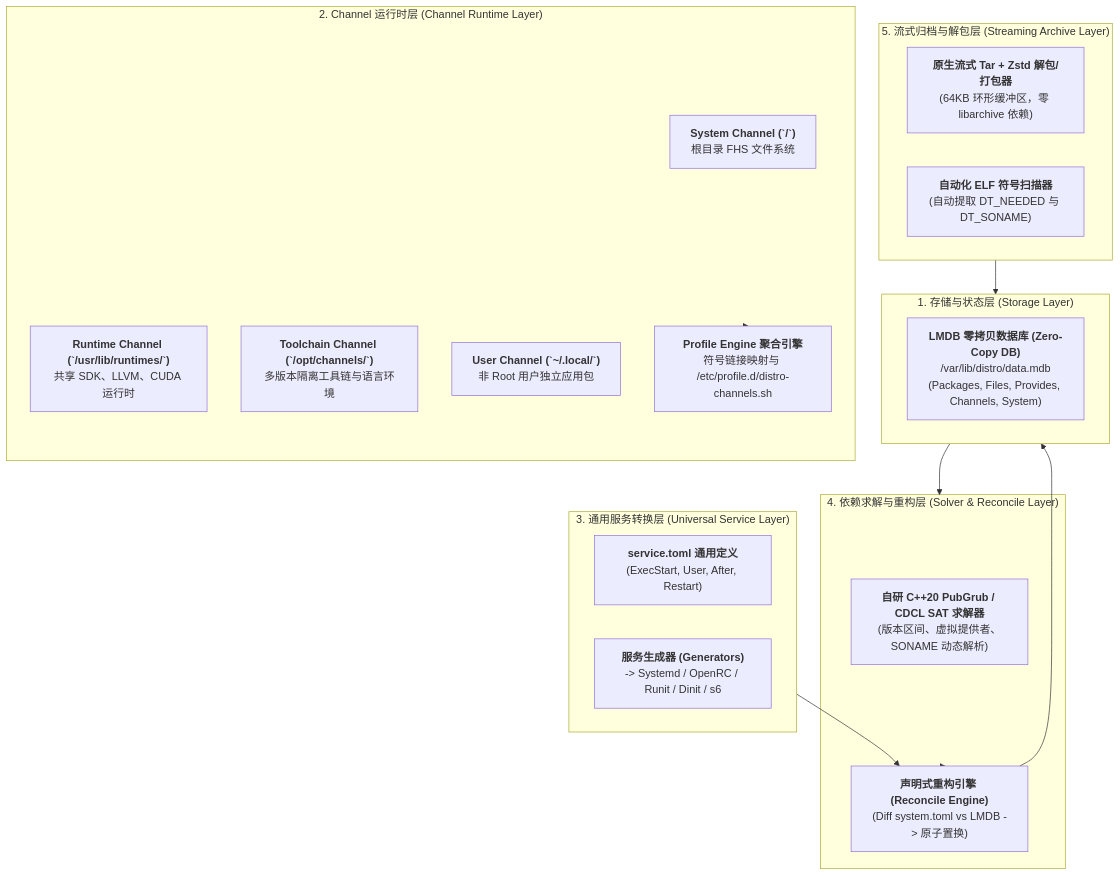
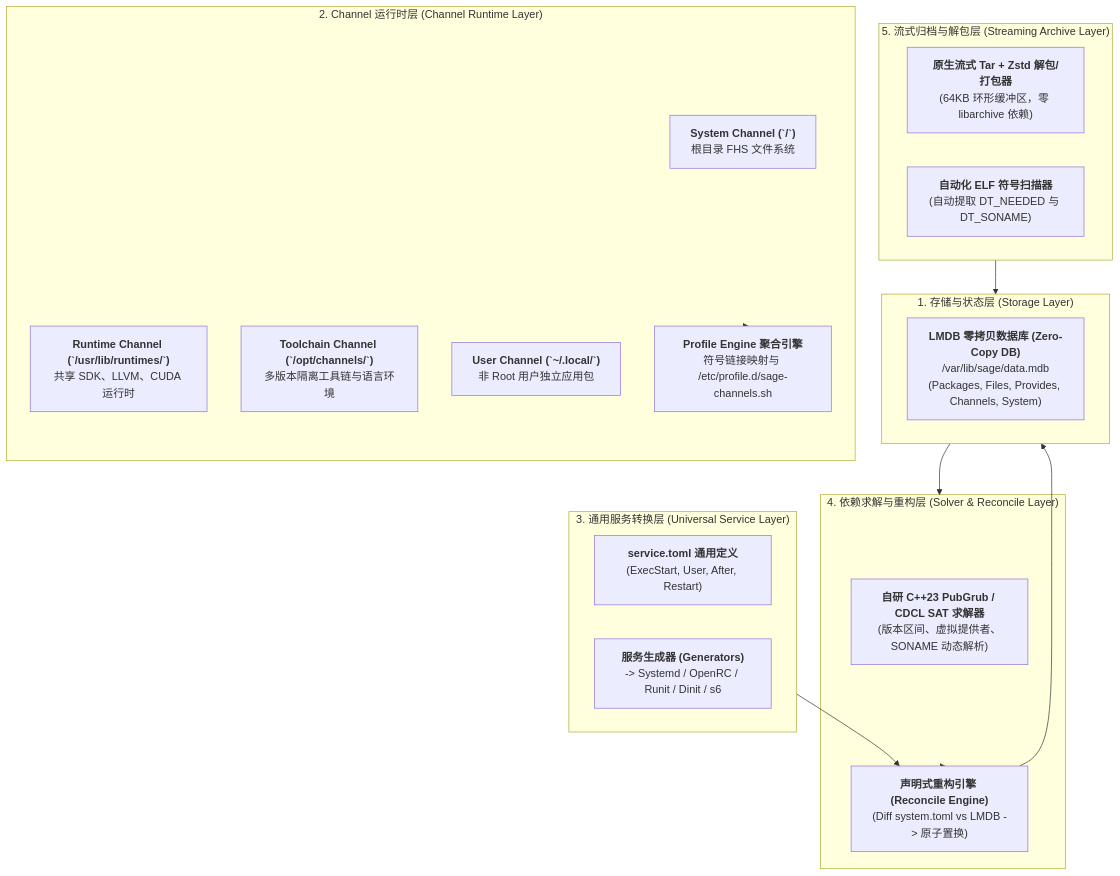
The first of 2 diagrams in docs/SAGE_DESIGN.md (sclinuxdev/sclinux), drawn with Mermaid before and after one commit. The commit also changed other lines of this file and 1 other file, not shown here.

First line of the commit message:
docs: correct sage paths, align C++23, separate spec/release versions

````diff
--- a/docs/SAGE_DESIGN.md
+++ b/docs/SAGE_DESIGN.md
@@ -47,36 +49,36 @@
 ```mermaid
 graph TB
     subgraph StorageLayer["1. 存储与状态层 (Storage Layer)"]
-        LMDB["<b>LMDB 零拷贝数据库 (Zero-Copy DB)</b><br/>/var/lib/distro/data.mdb<br/>(Packages, Files, Provides, Channels, System)"]
+        LMDB["<b>LMDB 零拷贝数据库 (Zero-Copy DB)</b><br/>/var/lib/sage/data.mdb<br/>(Packages, Files, Provides, Channels, System)"]
     end
 
     subgraph ChannelLayer["2. Channel 运行时层 (Channel Runtime Layer)"]
         SysChannel["<b>System Channel (`/`)</b><br/>根目录 FHS 文件系统"]
         RuntimeChannel["<b>Runtime Channel (`/usr/lib/runtimes/`)</b><br/>共享 SDK、LLVM、CUDA 运行时"]
         ToolchainChannel["<b>Toolchain Channel (`/opt/channels/`)</b><br/>多版本隔离工具链与语言环境"]
         UserChannel["<b>User Channel (`~/.local/`)</b><br/>非 Root 用户独立应用包"]
-        ProfileEngine["<b>Profile Engine 聚合引擎</b><br/>符号链接映射与 /etc/profile.d/distro-channels.sh"]
+        ProfileEngine["<b>Profile Engine 聚合引擎</b><br/>符号链接映射与 /etc/profile.d/sage-channels.sh"]
     end
 
     subgraph ServiceLayer["3. 通用服务转换层 (Universal Service Layer)"]
         ServiceDef["<b>service.toml 通用定义</b><br/>(ExecStart, User, After, Restart)"]
         Generators["<b>服务生成器 (Generators)</b><br/>-> Systemd / OpenRC / Runit / Dinit / s6"]
     end
 
     subgraph SolverLayer["4. 依赖求解与重构层 (Solver & Reconcile Layer)"]
-        PubGrub["<b>自研 C++20 PubGrub / CDCL SAT 求解器</b><br/>(版本区间、虚拟提供者、SONAME 动态解析)"]
+        PubGrub["<b>自研 C++23 PubGrub / CDCL SAT 求解器</b><br/>(版本区间、虚拟提供者、SONAME 动态解析)"]
         RebuildEngine["<b>声明式重构引擎 (Reconcile Engine)</b><br/>(Diff system.toml vs LMDB -> 原子置换)"]
     end
 
     subgraph ArchiveLayer["5. 流式归档与解包层 (Streaming Archive Layer)"]
         Archive["<b>原生流式 Tar + Zstd 解包/打包器</b><br/>(64KB 环形缓冲区，零 libarchive 依赖)"]
         ELFScanner["<b>自动化 ELF 符号扫描器</b><br/>(自动提取 DT_NEEDED 与 DT_SONAME)"]
     end
 
     StorageLayer --> SolverLayer
     ChannelLayer --> ProfileEngine
     ServiceLayer --> RebuildEngine
     SolverLayer --> RebuildEngine
     ArchiveLayer --> StorageLayer
     RebuildEngine --> StorageLayer
 ```
````
